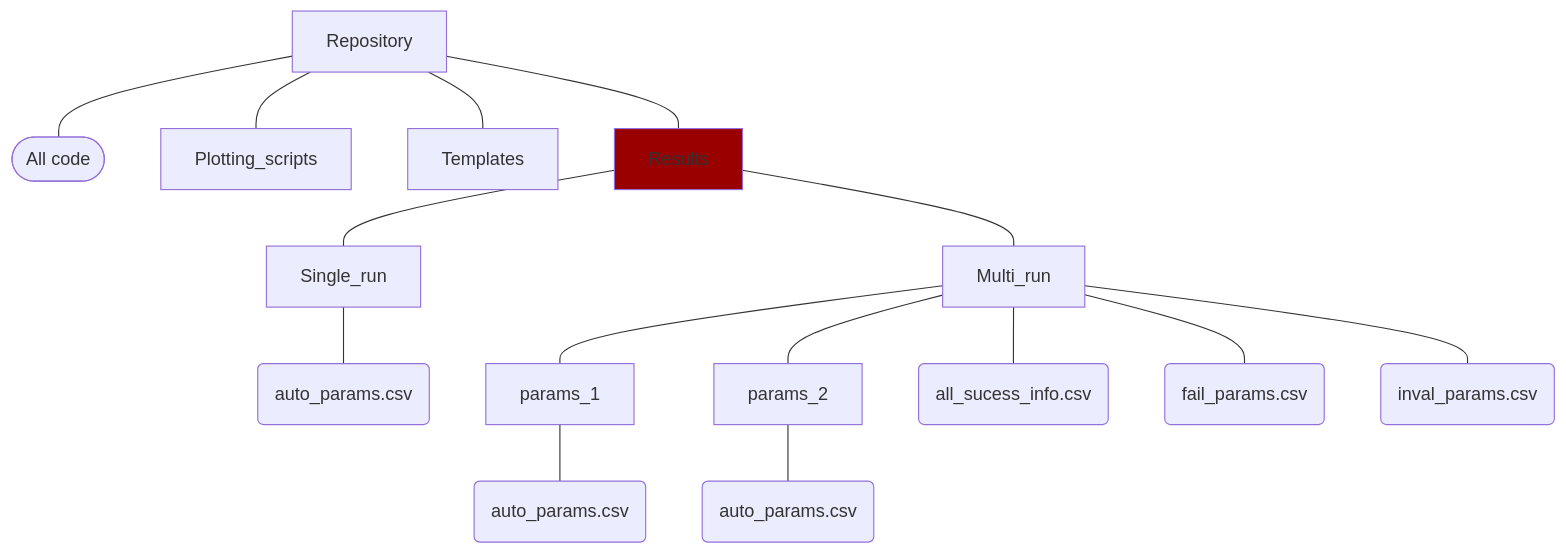
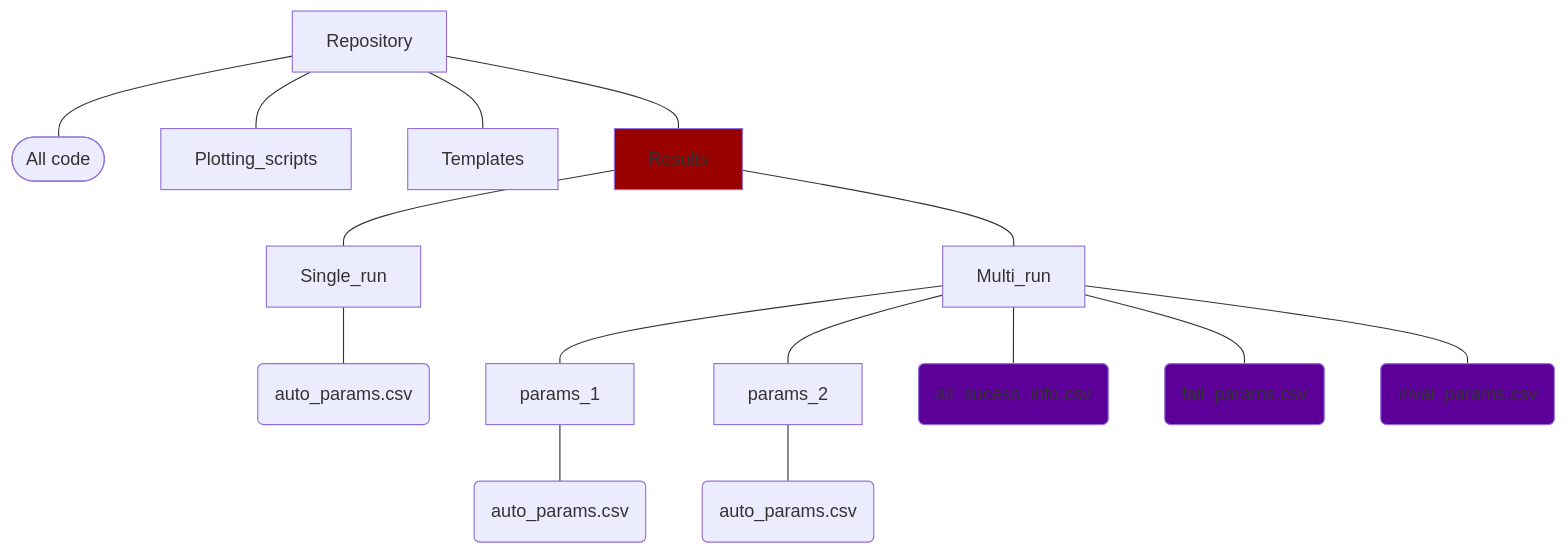
The diagram in README.md (Hannah-RS/planetesimal-magnetic-history), drawn with Mermaid before and after one commit. The commit also changed other lines of this file, not shown here.

````diff
--- a/README.md
+++ b/README.md
@@ -25,10 +25,13 @@
 ```mermaid
 flowchart TD;
 Repository --- g(["All code"]) & Plotting_scripts & Templates & Results;
 Results --- c["Single_run"] & d["Multi_run"];
 c --- k("auto_params.csv")
 style Results fill:#990000
 d --- e["params_1"] & f["params_2"] & h("all_sucess_info.csv") & i("fail_params.csv") & j("inval_params.csv");
+style h fill:#5c0099
+style i fill:#5c0099
+style j fill:#5c0099
 e --- l("auto_params.csv")
 f --- m("auto_params.csv")
 ```
````
